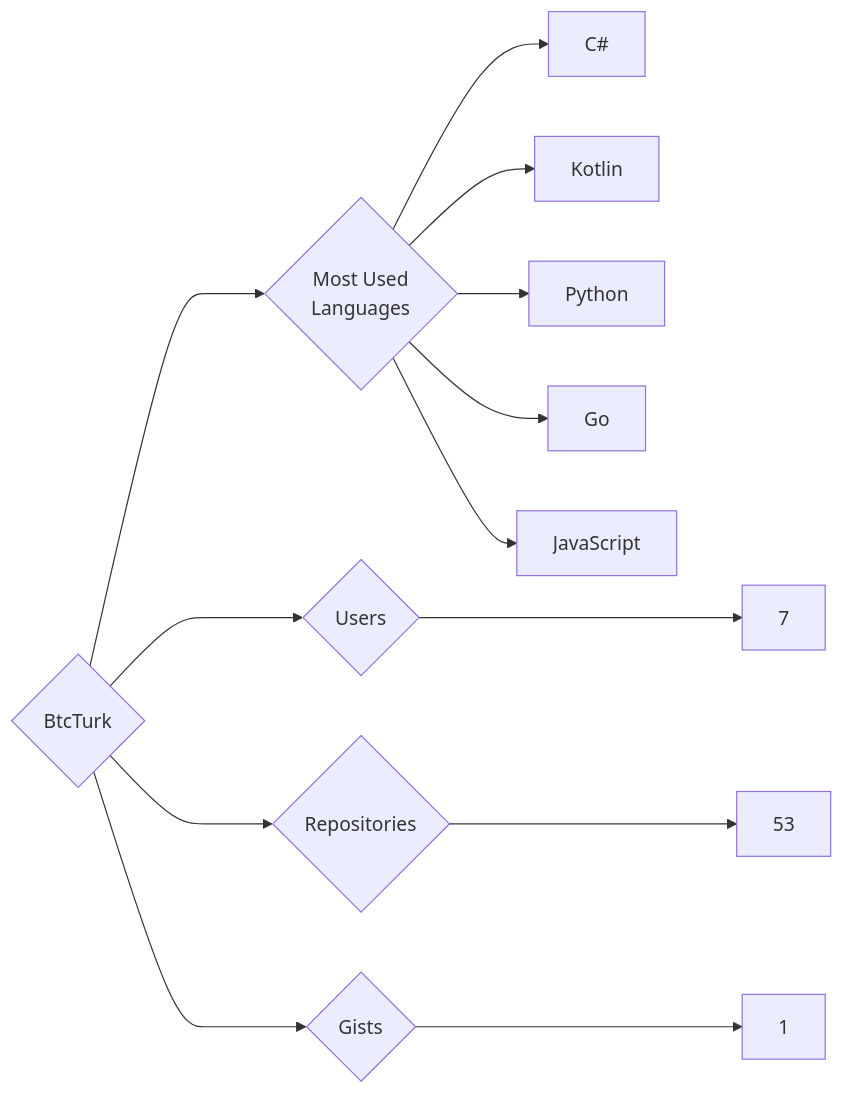
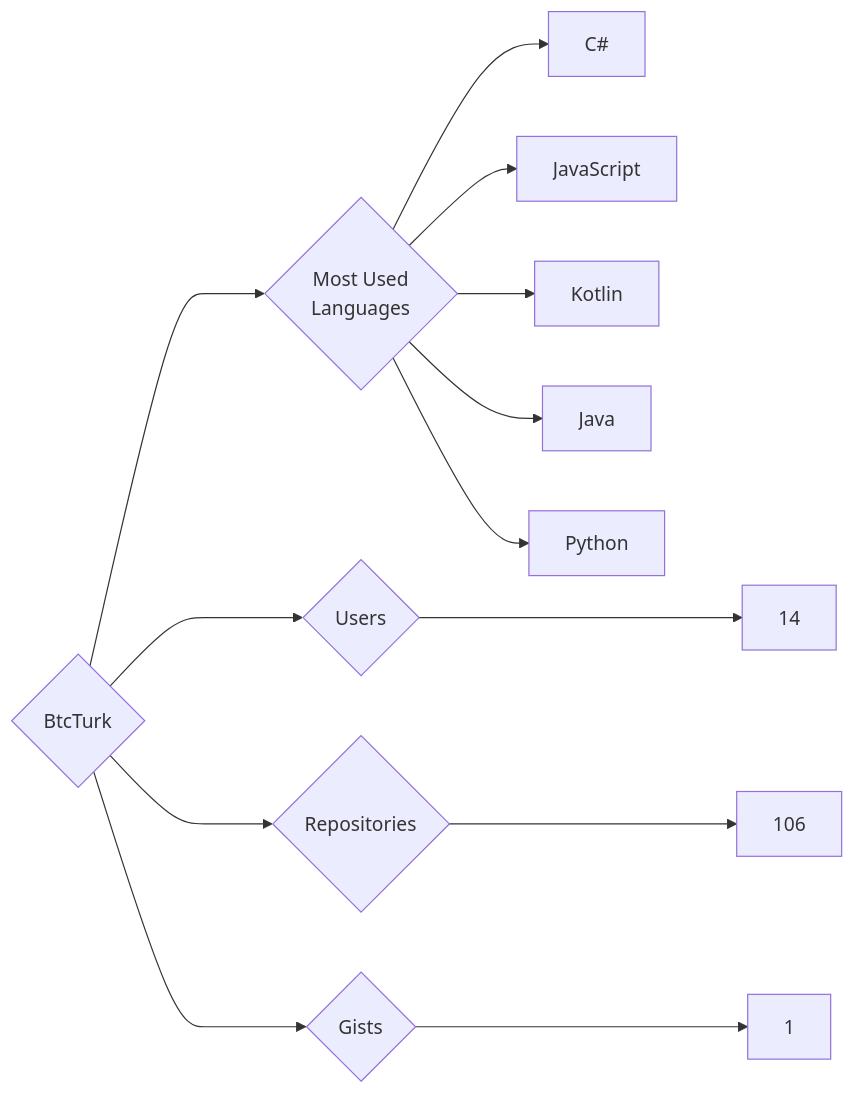
Before and after one commit to trickest/insiders: the diagram in targets/BtcTurk/README.md, drawn with Mermaid. The commit also changed 861 other files, not shown here.

````diff
--- a/targets/BtcTurk/README.md
+++ b/targets/BtcTurk/README.md
@@ -3,13 +3,13 @@
 ```mermaid
 graph LR
 COMPANY_NAME{BtcTurk}
-COMPANY_NAME ---> U{Users} ---> UN[7]
-COMPANY_NAME ---> R{Repositories} ---> RN[53]
+COMPANY_NAME ---> U{Users} ---> UN[14]
+COMPANY_NAME ---> R{Repositories} ---> RN[106]
 COMPANY_NAME ---> G{Gists} ---> GN[1]
 COMPANY_NAME ---> ML{Most Used<br>Languages}
 ML --> C#[C#]
+ML --> JavaScript[JavaScript]
 ML --> Kotlin[Kotlin]
+ML --> Java[Java]
 ML --> Python[Python]
-ML --> Go[Go]
-ML --> JavaScript[JavaScript]
 ```
````
